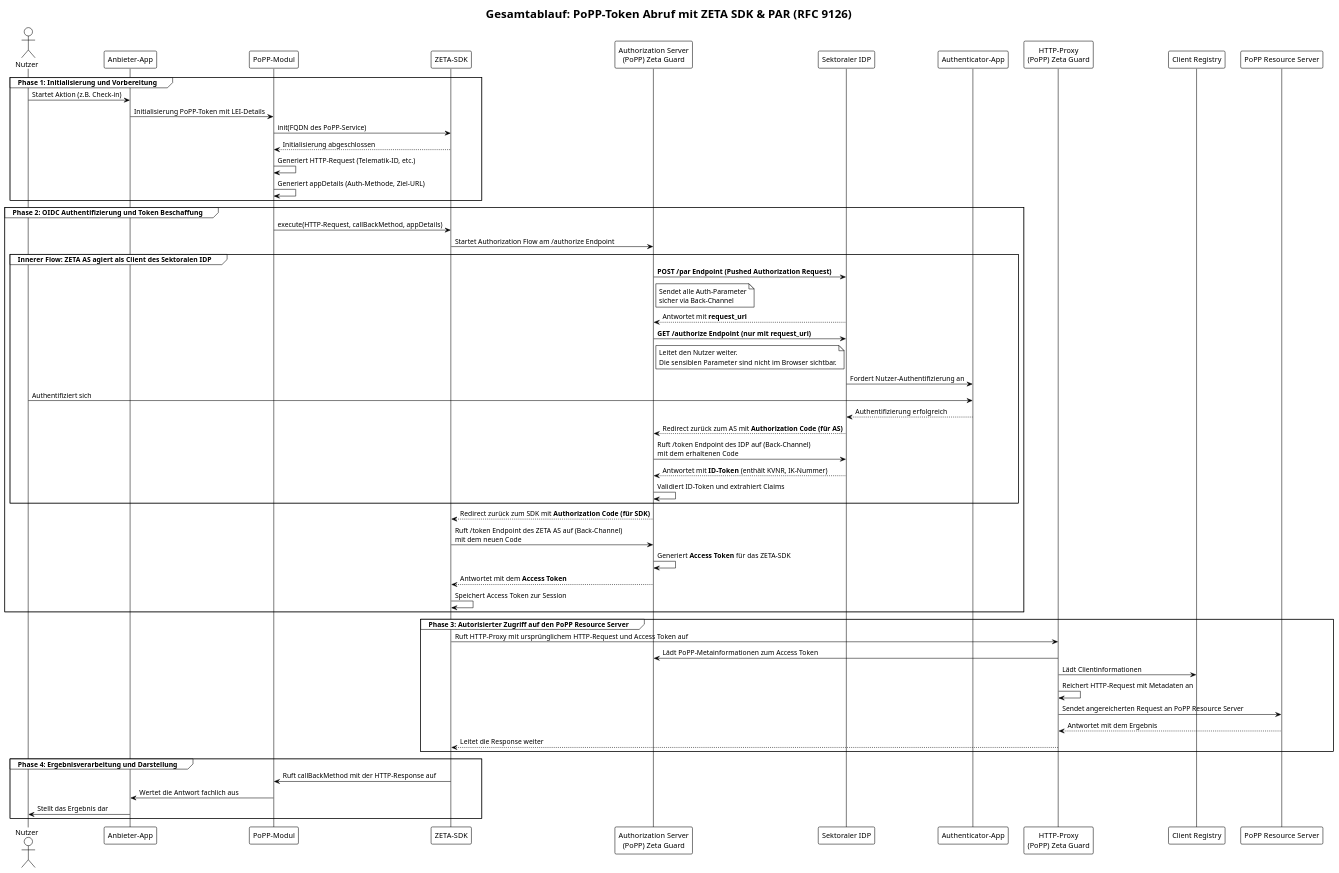
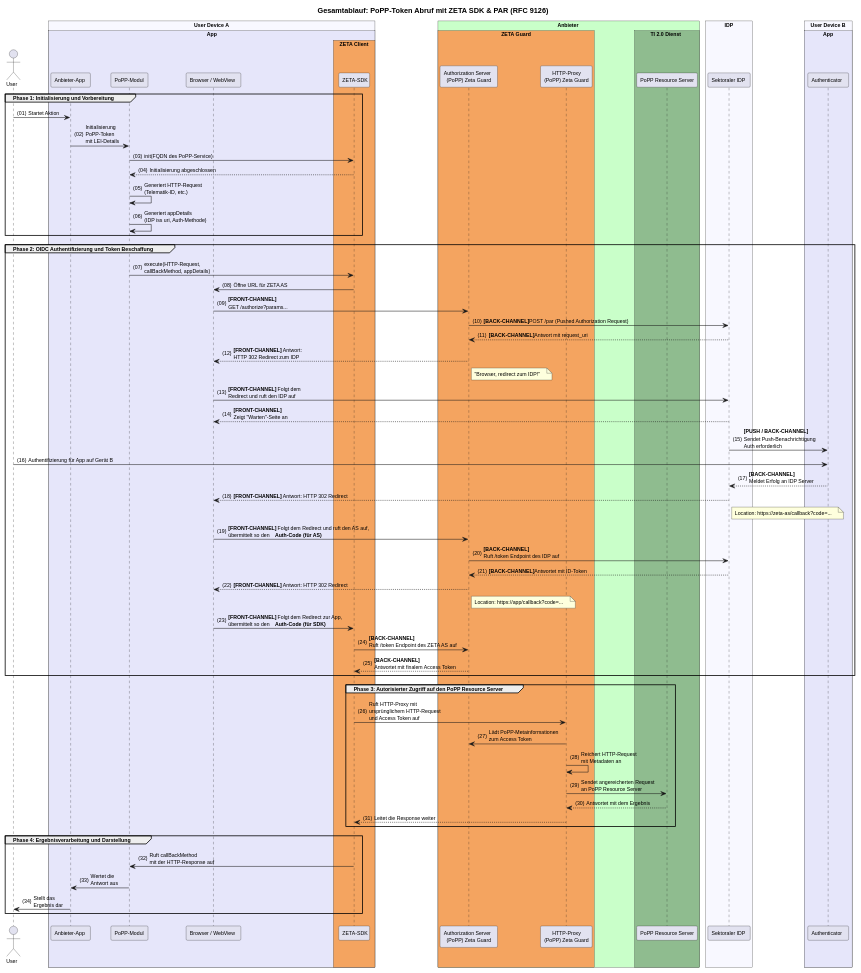
Before and after one commit to gematik/zeta: the diagram in src/plantuml/tmp/zeta-oidc-flow-without-attestation.puml, drawn with PlantUML.

Commit message:
Refactor ZETA OIDC flow diagram to enhance clarity and structure; update participant roles and interactions for improved understanding of the PoPP-Token retrieval process.

```diff
--- a/src/plantuml/tmp/zeta-oidc-flow-without-attestation.puml
+++ b/src/plantuml/tmp/zeta-oidc-flow-without-attestation.puml
@@ -1,83 +1,123 @@
 @startuml "zeta-oidc-flow-without-attestation"
-!theme plain
+
+autonumber "(00)"
+skinparam defaultFontSize 10
+skinparam defaultFontName Helvetica
+skinparam DefaultMonospacedFontName Courier
+skinparam lengthAdjust none
+skinparam sequenceReferenceBackgroundColor White
+skinparam SequenceReferenceFontSize 12
+
+!pragma teoz true
 
 title Gesamtablauf: PoPP-Token Abruf mit ZETA SDK & PAR (RFC 9126)
 
-actor Nutzer
-participant "Anbieter-App" as App
-participant "PoPP-Modul" as PoPP
-participant "ZETA-SDK" as SDK
-participant "Authorization Server\n(PoPP) Zeta Guard" as AS
-participant "Sektoraler IDP" as IDP
-participant "Authenticator-App" as AuthApp
-participant "HTTP-Proxy\n(PoPP) Zeta Guard" as Proxy
-participant "Client Registry" as CR
-participant "PoPP Resource Server" as RS
+Actor User
+box "User Device A" #GhostWhite
+  box "App" #Lavender
+    participant "Anbieter-App" as App
+    participant "PoPP-Modul" as PoPP
+    participant "Browser / WebView" as BrowserA
+    box "ZETA Client" #SandyBrown
+      participant "ZETA-SDK" as SDK
+    end box
+  end box
+end box
+
+box "Anbieter" #TECHNOLOGY
+  box "ZETA Guard" #SandyBrown
+    participant "Authorization Server\n(PoPP) Zeta Guard" as AS
+    participant "HTTP-Proxy\n(PoPP) Zeta Guard" as Proxy
+  end box
+    box TI 2.0 Dienst #DarkSeaGreen
+        participant "PoPP Resource Server" as RS
+    end box
+end box
+
+box "IDP" #GhostWhite
+    participant "Sektoraler IDP" as IDP
+end box
+
+box "User Device B" #GhostWhite
+  box "App" #Lavender
+    participant "Authenticator" as AuthApp
+  end box
+end box
 
 ' --- Phase 1: Initialisierung ---
 group Phase 1: Initialisierung und Vorbereitung
-    Nutzer -> App: Startet Aktion (z.B. Check-in)
-    App -> PoPP: Initialisierung PoPP-Token mit LEI-Details
+    User -> App: Startet Aktion
+    App -> PoPP: Initialisierung\nPoPP-Token\nmit LEI-Details
 
     PoPP -> SDK: init(FQDN des PoPP-Service)
     SDK --> PoPP: Initialisierung abgeschlossen
 
-    PoPP -> PoPP: Generiert HTTP-Request (Telematik-ID, etc.)
-    PoPP -> PoPP: Generiert appDetails (Auth-Methode, Ziel-URL)
+    PoPP -> PoPP: Generiert HTTP-Request\n(Telematik-ID, etc.)
+    PoPP -> PoPP: Generiert appDetails\n(IDP iss uri, Auth-Methode)
 end
 
 ' --- Phase 2: Authentifizierung & Token-Beschaffung ---
 group Phase 2: OIDC Authentifizierung und Token Beschaffung
-    PoPP -> SDK: execute(HTTP-Request, callBackMethod, appDetails)
+    PoPP -> SDK: execute(HTTP-Request,\ncallBackMethod, appDetails)
+    
+    ' -- Äußerer Flow beginnt --
+    SDK -> BrowserA: Öffne URL für ZETA AS
+    BrowserA -> AS: **[FRONT-CHANNEL]**\nGET /authorize?params...
+    
+    ' -- Innerer Flow wird vorbereitet --
+    AS -> IDP: **[BACK-CHANNEL]** POST /par (Pushed Authorization Request)
+    IDP --> AS: **[BACK-CHANNEL]** Antwort mit request_uri
 
-    ' --- Äußerer OIDC Flow ---
-    SDK -> AS: Startet Authorization Flow am /authorize Endpoint
+    ' -- Stafettenübergabe vom AS zum IDP via Browser --
+    AS --> BrowserA: **[FRONT-CHANNEL]** Antwort:\nHTTP 302 Redirect zum IDP
+    note right of AS: "Browser, redirect zum IDP!"
 
-    ' --- Innerer (föderierter) OIDC Flow mit PAR ---
-    group Innerer Flow: ZETA AS agiert als Client des Sektoralen IDP
-        ' --- PAR Flow (RFC 9126) ---
-        AS -> IDP: **POST /par Endpoint (Pushed Authorization Request)**
-        note right of AS: Sendet alle Auth-Parameter\nsicher via Back-Channel
-        IDP --> AS: Antwortet mit **request_uri**
+    BrowserA -> IDP: **[FRONT-CHANNEL]** Folgt dem\nRedirect und ruft den IDP auf
+    
+    ' -- User-Interaktion über den IDP --
+    IDP --> BrowserA: **[FRONT-CHANNEL]**\nZeigt "Warten"-Seite an
+    IDP -> AuthApp: **[PUSH / BACK-CHANNEL]**\nSendet Push-Benachrichtigung\nAuth erforderlich
+    User -> AuthApp: Authentifizierung für App auf Gerät B
+    AuthApp --> IDP: **[BACK-CHANNEL]**\nMeldet Erfolg an IDP Server
+    
+    ' -- Stafettenübergabe vom IDP zurück zum AS via Browser --
+    'IDP --> AS: **[FRONT-CHANNEL]**\nBrowser wird mit Auth-Code\n(für AS) zum AS redirected
+    'note right of IDP: "Browser, redirect\nzum ZETA AS!"
+    IDP --> BrowserA: **[FRONT-CHANNEL]** Antwort: HTTP 302 Redirect
+    note right of IDP: Location: https://zeta-as/callback?code=...
+    BrowserA -> AS: **[FRONT-CHANNEL]** Folgt dem Redirect und ruft den AS auf,\nübermittelt so den **Auth-Code (für AS)**
 
-        AS -> IDP: **GET /authorize Endpoint (nur mit request_uri)**
-        note right of AS: Leitet den Nutzer weiter.\nDie sensiblen Parameter sind nicht im Browser sichtbar.
-        ' --- Ende PAR Flow ---
-        
-        IDP -> AuthApp: Fordert Nutzer-Authentifizierung an
-        Nutzer -> AuthApp: Authentifiziert sich
-        AuthApp --> IDP: Authentifizierung erfolgreich
-        IDP --> AS: Redirect zurück zum AS mit **Authorization Code (für AS)**
-        AS -> IDP: Ruft /token Endpoint des IDP auf (Back-Channel)\nmit dem erhaltenen Code
-        IDP --> AS: Antwortet mit **ID-Token** (enthält KVNR, IK-Nummer)
-        AS -> AS: Validiert ID-Token und extrahiert Claims
-    end
+    ' -- Innerer Flow wird abgeschlossen --
+    AS -> IDP: **[BACK-CHANNEL]**\nRuft /token Endpoint des IDP auf
+    IDP --> AS: **[BACK-CHANNEL]** Antwortet mit ID-Token
 
-    ' --- Abschluss des äußeren OIDC Flows ---
-    AS --> SDK: Redirect zurück zum SDK mit **Authorization Code (für SDK)**
-    
-    SDK -> AS: Ruft /token Endpoint des ZETA AS auf (Back-Channel)\nmit dem neuen Code
-    AS -> AS: Generiert **Access Token** für das ZETA-SDK
-    AS --> SDK: Antwortet mit dem **Access Token**
-    SDK -> SDK: Speichert Access Token zur Session
+    ' -- Äußerer Flow wird abgeschlossen --
+    'AS --> SDK: **[FRONT-CHANNEL]**\nBrowser wird mit Auth-Code\n(für SDK) zur App redirected
+    'note right of AS: "Browser, redirect zur App!"
+    ' --- Übergabe vom AS zurück zur App ---
+    AS --> BrowserA: **[FRONT-CHANNEL]** Antwort: HTTP 302 Redirect
+    note right of AS: Location: https://app/callback?code=...
+    BrowserA -> SDK: **[FRONT-CHANNEL]** Folgt dem Redirect zur App,\nübermittelt so den **Auth-Code (für SDK)**
+
+    SDK -> AS: **[BACK-CHANNEL]**\nRuft /token Endpoint des ZETA AS auf
+    AS --> SDK: **[BACK-CHANNEL]**\nAntwortet mit finalem Access Token
 end
 
 ' --- Phase 3: Zugriff auf die geschützte Ressource ---
 group Phase 3: Autorisierter Zugriff auf den PoPP Resource Server
-    SDK -> Proxy: Ruft HTTP-Proxy mit ursprünglichem HTTP-Request und Access Token auf
-    Proxy -> AS: Lädt PoPP-Metainformationen zum Access Token
-    Proxy -> CR: Lädt Clientinformationen
-    Proxy -> Proxy: Reichert HTTP-Request mit Metadaten an
-    Proxy -> RS: Sendet angereicherten Request an PoPP Resource Server
+    SDK -> Proxy: Ruft HTTP-Proxy mit\nursprünglichem HTTP-Request\nund Access Token auf
+    Proxy -> AS: Lädt PoPP-Metainformationen\nzum Access Token
+    Proxy -> Proxy: Reichert HTTP-Request\nmit Metadaten an
+    Proxy -> RS: Sendet angereicherten Request\nan PoPP Resource Server
     RS --> Proxy: Antwortet mit dem Ergebnis
     Proxy --> SDK: Leitet die Response weiter
 end
 
 ' --- Phase 4: Ergebnisverarbeitung ---
 group Phase 4: Ergebnisverarbeitung und Darstellung
-    SDK -> PoPP: Ruft callBackMethod mit der HTTP-Response auf
-    PoPP -> App: Wertet die Antwort fachlich aus
-    App -> Nutzer: Stellt das Ergebnis dar
+    SDK -> PoPP: Ruft callBackMethod\nmit der HTTP-Response auf
+    PoPP -> App: Wertet die\nAntwort aus
+    App -> User: Stellt das\nErgebnis dar
 end
 
 @enduml
```
